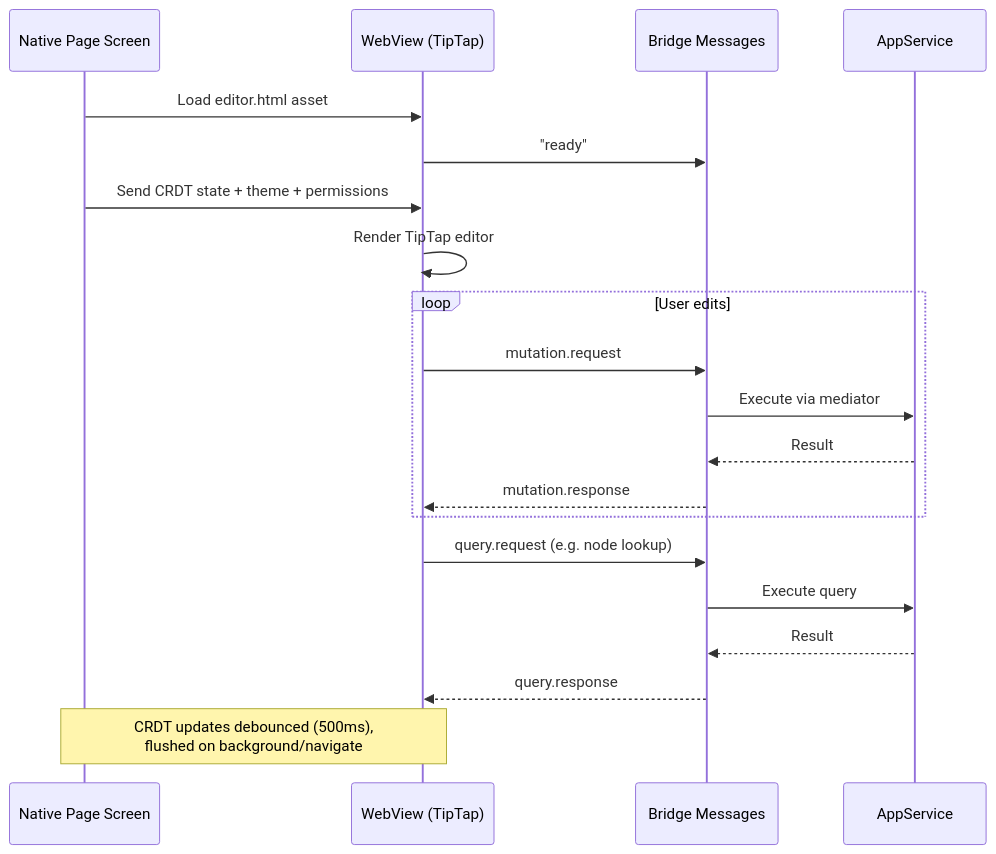
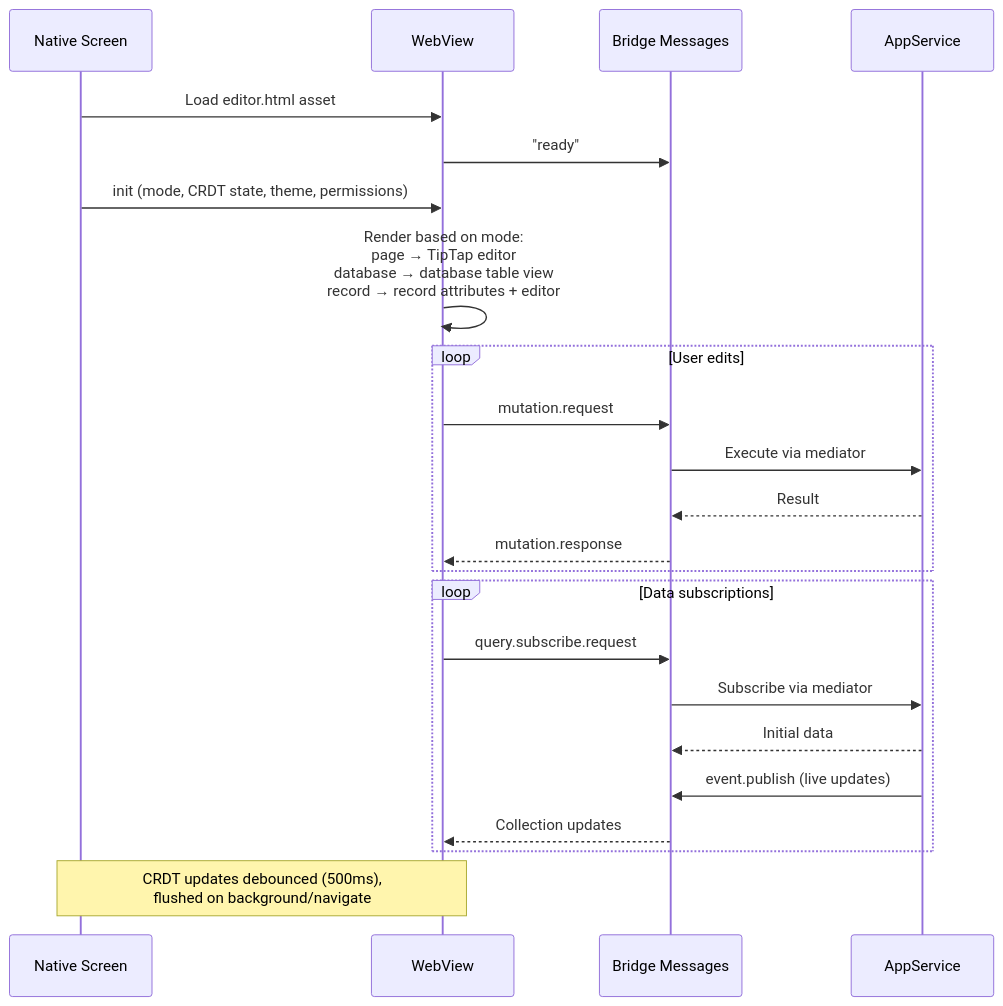
One commit to colanode/colanode changed the third of 3 diagrams in apps/mobile/README.md. Above: the diagram before and after it, drawn with Mermaid. The commit also changed other lines of this file and 14 other files, not shown here.

First line of the commit message:
Mobile: database views, record editing, and WebView bridge improvements

````diff
--- a/apps/mobile/README.md
+++ b/apps/mobile/README.md
@@ -81,26 +83,29 @@
 ```mermaid
 sequenceDiagram
-    participant Page as Native Page Screen
-    participant WV as WebView (TipTap)
+    participant Screen as Native Screen
+    participant WV as WebView
     participant Bridge as Bridge Messages
     participant App as AppService
 
-    Page->>WV: Load editor.html asset
+    Screen->>WV: Load editor.html asset
     WV->>Bridge: "ready"
-    Page->>WV: Send CRDT state + theme + permissions
-    WV->>WV: Render TipTap editor
+    Screen->>WV: init (mode, CRDT state, theme, permissions)
+    WV->>WV: Render based on mode:<br/>page → TipTap editor<br/>database → database table view<br/>record → record attributes + editor
 
     loop User edits
         WV->>Bridge: mutation.request
         Bridge->>App: Execute via mediator
         App-->>Bridge: Result
         Bridge-->>WV: mutation.response
     end
 
-    WV->>Bridge: query.request (e.g. node lookup)
-    Bridge->>App: Execute query
-    App-->>Bridge: Result
-    Bridge-->>WV: query.response
+    loop Data subscriptions
+        WV->>Bridge: query.subscribe.request
+        Bridge->>App: Subscribe via mediator
+        App-->>Bridge: Initial data
+        App->>Bridge: event.publish (live updates)
+        Bridge-->>WV: Collection updates
+    end
 
-    Note over Page,WV: CRDT updates debounced (500ms),<br/>flushed on background/navigate
+    Note over Screen,WV: CRDT updates debounced (500ms),<br/>flushed on background/navigate
 ```
````
